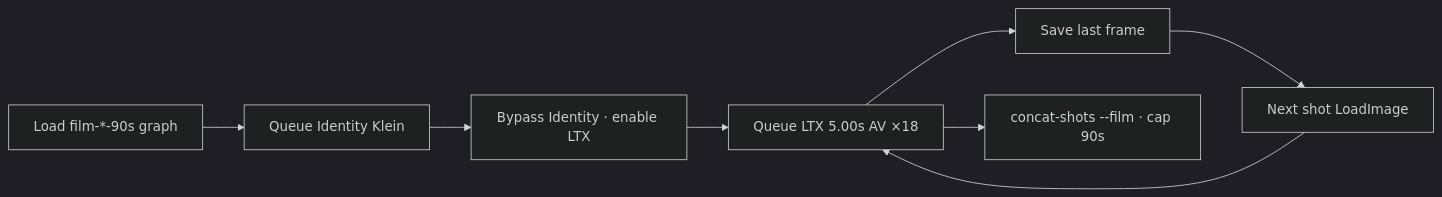
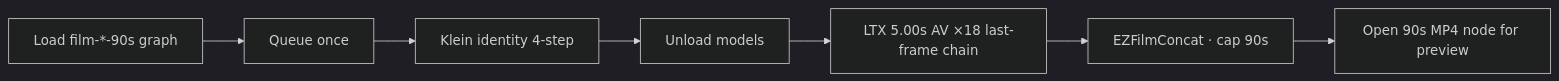
One commit to toxicoder/ez-comfy-stack changed the diagram in docs/shorts.md. Above: the diagram before and after it, drawn with Mermaid (dark theme). The commit also changed other lines of this file and 26 other files, not shown here.

First line of the commit message:
feat: one-click 90s films with model-native prompts and in-graph stitch

````diff
--- a/docs/shorts.md
+++ b/docs/shorts.md
@@ -49,10 +48,9 @@
 ```mermaid
 flowchart LR
-  Load["Load film-*-90s graph"] --> Id["Queue Identity Klein"]
-  Id --> Unmute["Bypass Identity · enable LTX"]
-  Unmute --> Shot["Queue LTX 5.00s AV ×18"]
-  Shot --> Last["Save last frame"]
-  Last --> Next["Next shot LoadImage"]
-  Next --> Shot
-  Shot --> Concat["concat-shots --film · cap 90s"]
+  Load["Load film-*-90s graph"] --> Q["Queue once"]
+  Q --> Klein["Klein identity 4-step"]
+  Klein --> Unload["Unload models"]
+  Unload --> Shot["LTX 5.00s AV ×18 last-frame chain"]
+  Shot --> Concat["EZFilmConcat · cap 90s"]
+  Concat --> Preview["Open 90s MP4 node for preview"]
 ```
````
